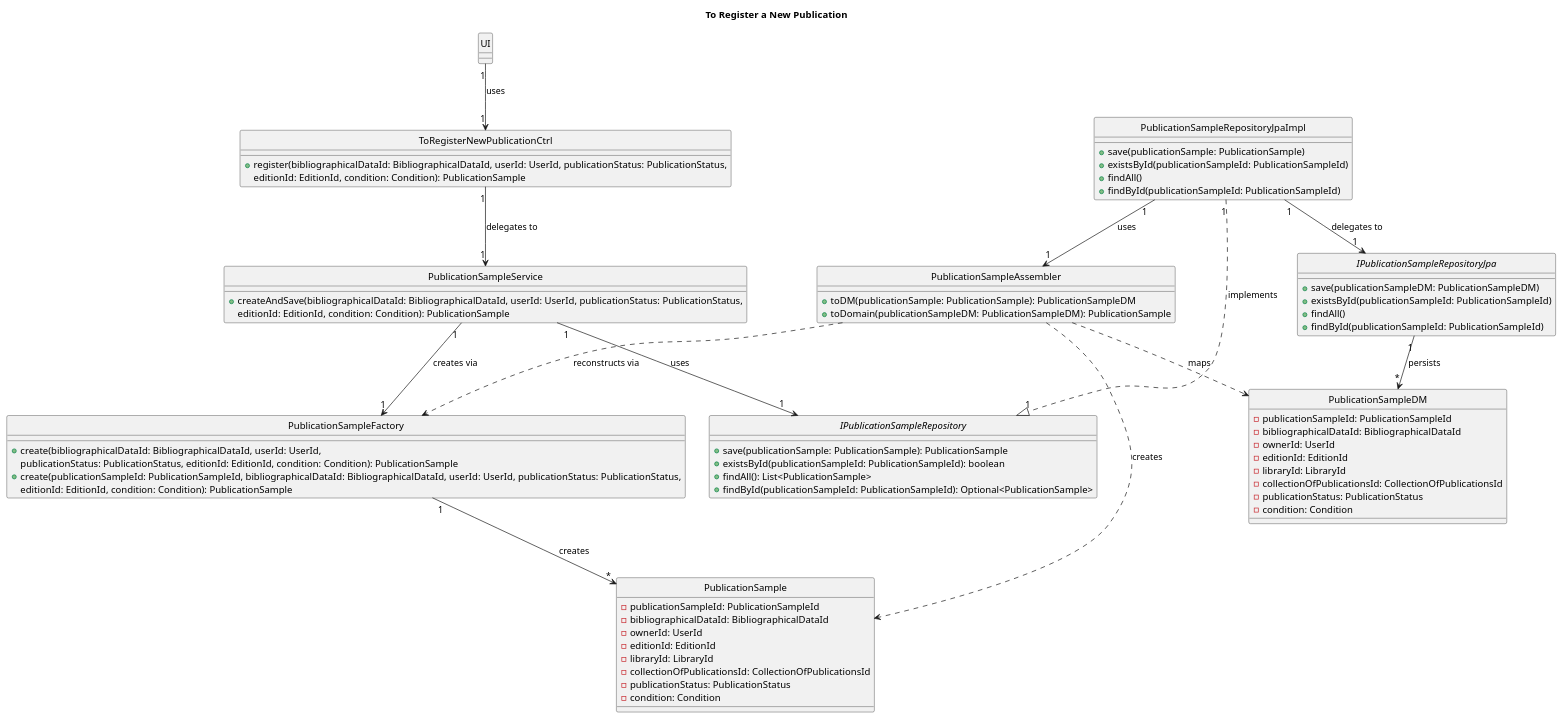
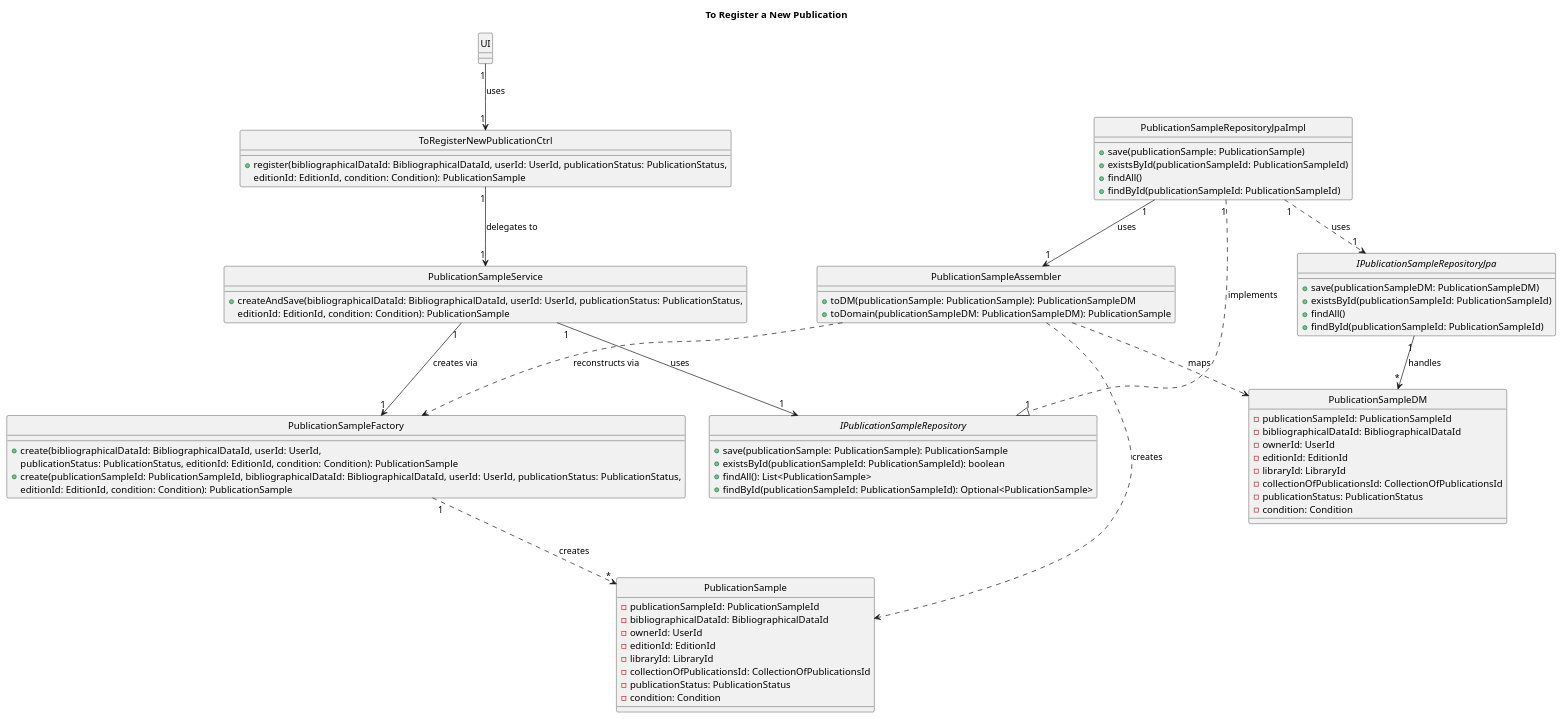
Before and after one commit to AndrePereiraGitH/SWitCH-Project-Team_A: the diagram in Diagrams/ClassDiagrams/To-register-a-publication-to-add-to-library.puml, drawn with PlantUML. The commit also changed 6 other files, not shown here.

```diff
--- a/Diagrams/ClassDiagrams/To-register-a-publication-to-add-to-library.puml
+++ b/Diagrams/ClassDiagrams/To-register-a-publication-to-add-to-library.puml
@@ -1,97 +1,97 @@
 @startuml
 
  hide circle
  title To Register a New Publication
 
  class UI
 
  class ToRegisterNewPublicationCtrl {
    +register(bibliographicalDataId: BibliographicalDataId, userId: UserId, publicationStatus: PublicationStatus,
    editionId: EditionId, condition: Condition): PublicationSample
  }
 
  class PublicationSampleService {
    +createAndSave(bibliographicalDataId: BibliographicalDataId, userId: UserId, publicationStatus: PublicationStatus,
    editionId: EditionId, condition: Condition): PublicationSample
  }
 
  class PublicationSample {
    -publicationSampleId: PublicationSampleId
    -bibliographicalDataId: BibliographicalDataId
    -ownerId: UserId
    -editionId: EditionId
    -libraryId: LibraryId
    -collectionOfPublicationsId: CollectionOfPublicationsId
    -publicationStatus: PublicationStatus
    -condition: Condition
  }
 
  class PublicationSampleFactory {
    +create(bibliographicalDataId: BibliographicalDataId, userId: UserId,
    publicationStatus: PublicationStatus, editionId: EditionId, condition: Condition): PublicationSample
    +create(publicationSampleId: PublicationSampleId, bibliographicalDataId: BibliographicalDataId, userId: UserId, publicationStatus: PublicationStatus,
    editionId: EditionId, condition: Condition): PublicationSample
  }
 
  interface IPublicationSampleRepository {
    +save(publicationSample: PublicationSample): PublicationSample
    +existsById(publicationSampleId: PublicationSampleId): boolean
    +findAll(): List<PublicationSample>
    +findById(publicationSampleId: PublicationSampleId): Optional<PublicationSample>
  }
 
  class PublicationSampleRepositoryJpaImpl {
    +save(publicationSample: PublicationSample)
    +existsById(publicationSampleId: PublicationSampleId)
    +findAll()
    +findById(publicationSampleId: PublicationSampleId)
  }
 
  interface IPublicationSampleRepositoryJpa {
    +save(publicationSampleDM: PublicationSampleDM)
    +existsById(publicationSampleId: PublicationSampleId)
    +findAll()
    +findById(publicationSampleId: PublicationSampleId)
  }
 
  class PublicationSampleAssembler {
    +toDM(publicationSample: PublicationSample): PublicationSampleDM
    +toDomain(publicationSampleDM: PublicationSampleDM): PublicationSample
  }
 
  class PublicationSampleDM {
    -publicationSampleId: PublicationSampleId
    -bibliographicalDataId: BibliographicalDataId
    -ownerId: UserId
    -editionId: EditionId
    -libraryId: LibraryId
    -collectionOfPublicationsId: CollectionOfPublicationsId
    -publicationStatus: PublicationStatus
    -condition: Condition
  }
 
  ' =============
  ' Relationships
  ' =============
 
  UI "1" --> "1" ToRegisterNewPublicationCtrl : uses
 
  ToRegisterNewPublicationCtrl "1" --> "1" PublicationSampleService : delegates to
 
  PublicationSampleService "1" --> "1" IPublicationSampleRepository : uses
  PublicationSampleService "1" --> "1" PublicationSampleFactory : creates via
 
  PublicationSampleRepositoryJpaImpl "1" ..|> "1" IPublicationSampleRepository : implements
- PublicationSampleRepositoryJpaImpl "1" --> "1" IPublicationSampleRepositoryJpa : delegates to
+ PublicationSampleRepositoryJpaImpl "1" ..> "1" IPublicationSampleRepositoryJpa : uses
  PublicationSampleRepositoryJpaImpl "1" --> "1" PublicationSampleAssembler : uses
 
- IPublicationSampleRepositoryJpa "1" --> "*" PublicationSampleDM : persists
+ IPublicationSampleRepositoryJpa "1" --> "*" PublicationSampleDM : handles
 
  PublicationSampleAssembler ..> PublicationSampleFactory : reconstructs via
  PublicationSampleAssembler ..> PublicationSample : creates
  PublicationSampleAssembler ..> PublicationSampleDM : maps
 
 
- PublicationSampleFactory "1" --> "*" PublicationSample : creates
+ PublicationSampleFactory "1" ..> "*" PublicationSample : creates
 
  @enduml
```
